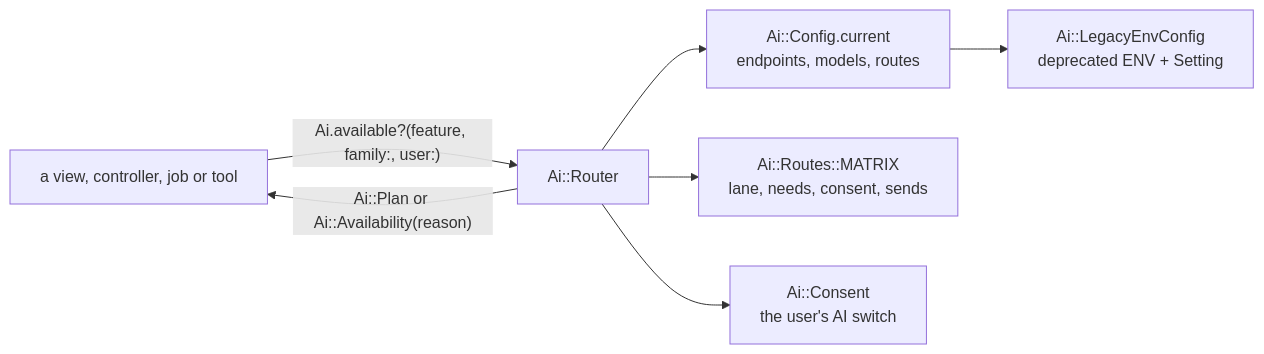
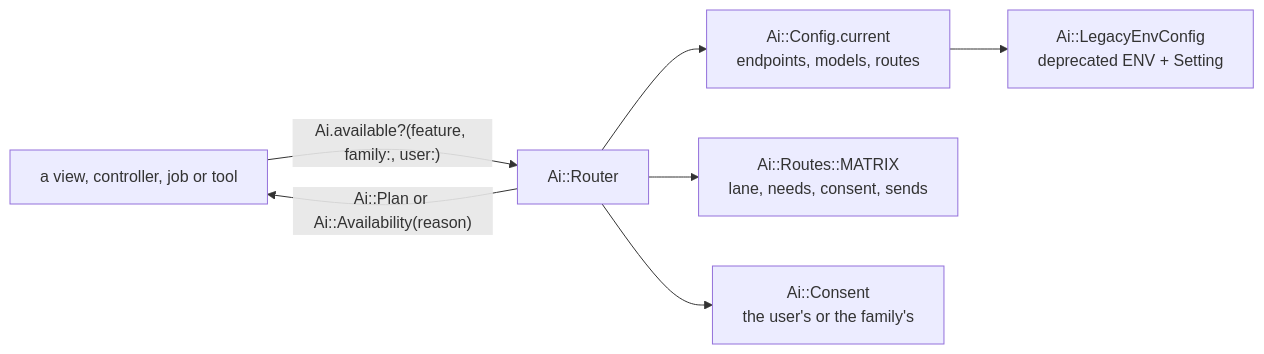
The second of 2 diagrams in docs/llm-guides/ai-pipeline.md (we-promise/sure), drawn with Mermaid before and after one commit. The commit also changed other lines of this file and 45 other files, not shown here.

````diff
--- a/docs/llm-guides/ai-pipeline.md
+++ b/docs/llm-guides/ai-pipeline.md
@@ -67,9 +67,9 @@
 ```mermaid
 flowchart LR
   Caller["a view, controller, job or tool"] -->|"Ai.available?(feature, family:, user:)"| R["Ai::Router"]
   R --> C["Ai::Config.current<br/>endpoints, models, routes"]
   C --> L["Ai::LegacyEnvConfig<br/>deprecated ENV + Setting"]
   R --> M["Ai::Routes::MATRIX<br/>lane, needs, consent, sends"]
-  R --> K["Ai::Consent<br/>the user's AI switch"]
+  R --> K["Ai::Consent<br/>the user's or the family's"]
   R -->|"Ai::Plan or Ai::Availability(reason)"| Caller
 ```
````
